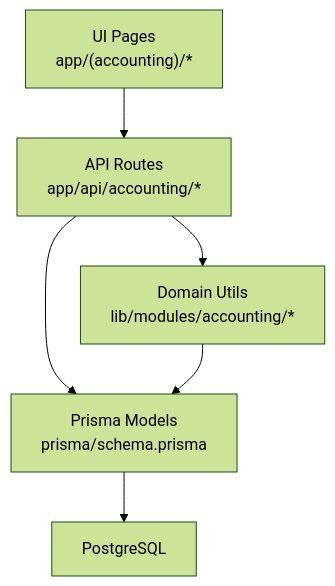
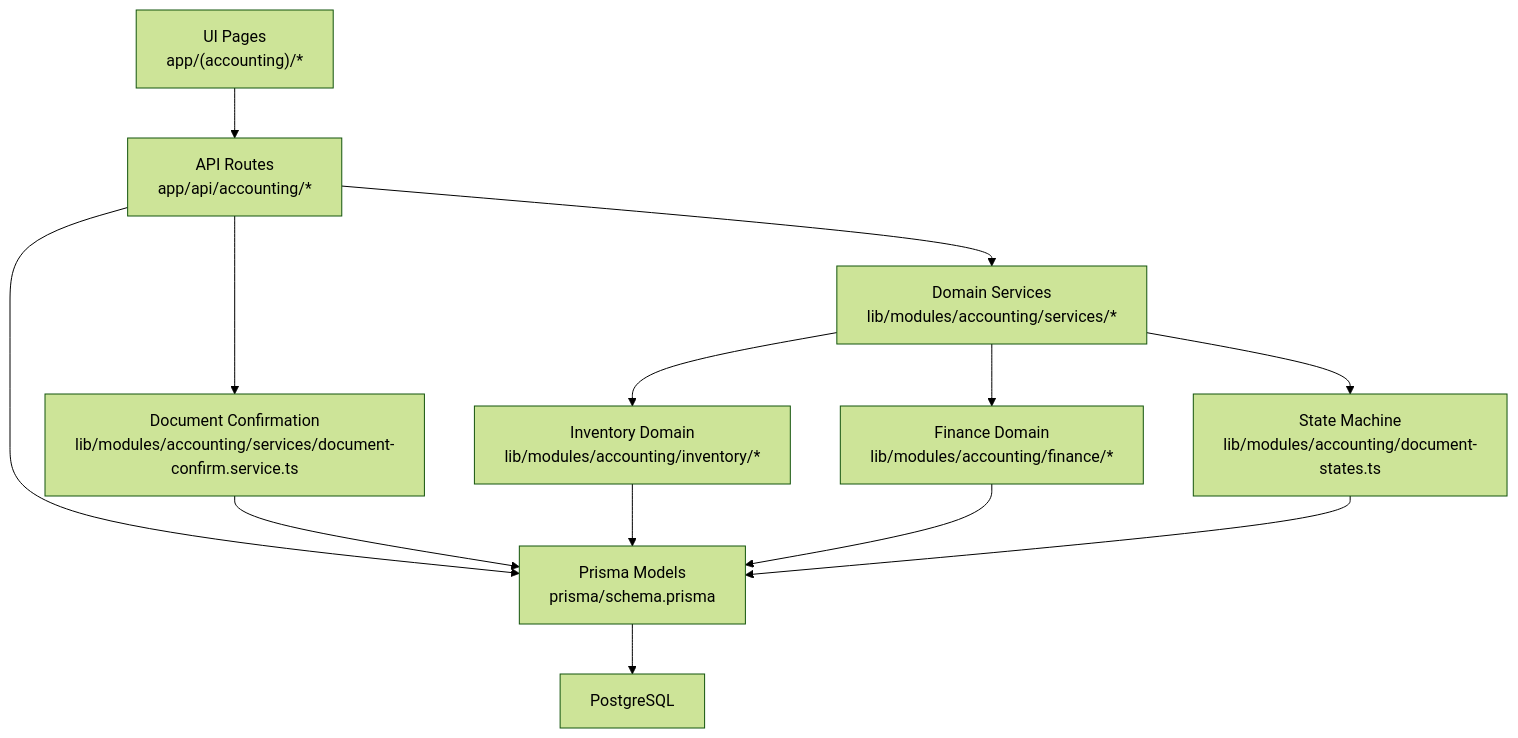
The second of 10 diagrams in .qoder/repowiki/en/content/Accounting Module/Accounting Module.md (nzey11/erp-new), drawn with Mermaid (forest theme) before and after one commit. The commit also changed other lines of this file and 6 other files, not shown here.

````diff
--- a/.qoder/repowiki/en/content/Accounting Module/Accounting Module.md
+++ b/.qoder/repowiki/en/content/Accounting Module/Accounting Module.md
@@ -132,8 +187,15 @@
 ```mermaid
 graph TB
 UI["UI Pages<br/>app/(accounting)/*"] --> API["API Routes<br/>app/api/accounting/*"]
-API --> UTIL["Domain Utils<br/>lib/modules/accounting/*"]
+API --> SERVICES["Domain Services<br/>lib/modules/accounting/services/*"]
+API --> CONFIRM["Document Confirmation<br/>lib/modules/accounting/services/document-confirm.service.ts"]
+SERVICES --> STATES["State Machine<br/>lib/modules/accounting/document-states.ts"]
+SERVICES --> INVENTORY["Inventory Domain<br/>lib/modules/accounting/inventory/*"]
+SERVICES --> FINANCE["Finance Domain<br/>lib/modules/accounting/finance/*"]
 API --> DB["Prisma Models<br/>prisma/schema.prisma"]
-UTIL --> DB
+CONFIRM --> DB
+INVENTORY --> DB
+FINANCE --> DB
+STATES --> DB
 DB --> PG["PostgreSQL"]
 ```
````
